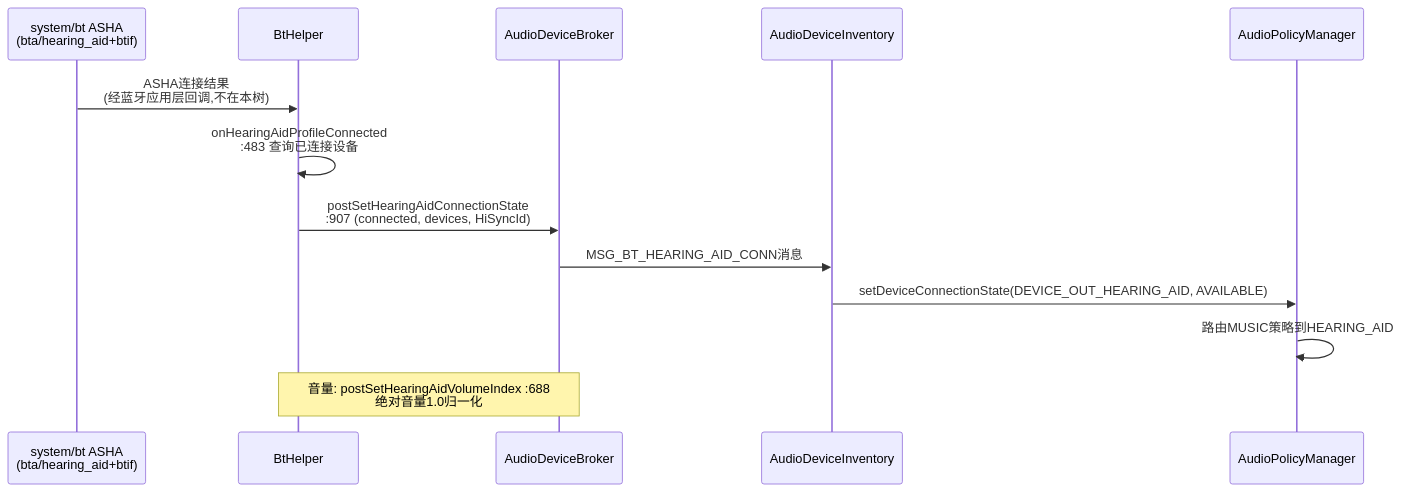
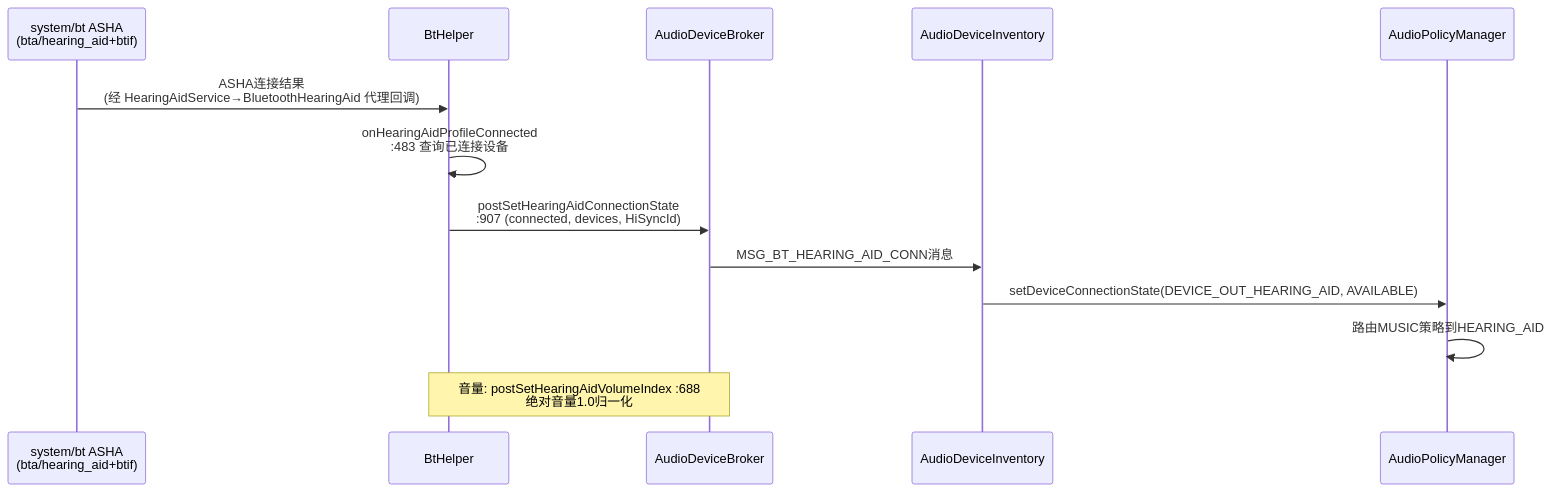
One commit to yanglinzhen1022/SA8295_AAOS_QNX_Audio_KnowledgeBase changed the fifth of 7 diagrams in 14_Bluetooth_Audio/14_14.5_Hearing_Aid-助听器.md. Above: the diagram before and after it, drawn with Mermaid. The commit also changed other lines of this file and 58 other files, not shown here.

````diff
--- a/14_Bluetooth_Audio/14_14.5_Hearing_Aid-助听器.md
+++ b/14_Bluetooth_Audio/14_14.5_Hearing_Aid-助听器.md
@@ -146,16 +156,16 @@
 ```mermaid
 sequenceDiagram
     participant BT as system/bt ASHA<br>(bta/hearing_aid+btif)
     participant BTH as BtHelper
     participant ADB as AudioDeviceBroker
     participant ADI as AudioDeviceInventory
     participant APM as AudioPolicyManager
 
-    BT->>BTH: ASHA连接结果<br>(经蓝牙应用层回调,不在本树)
+    BT->>BTH: ASHA连接结果<br>(经 HearingAidService→BluetoothHearingAid 代理回调)
     BTH->>BTH: onHearingAidProfileConnected<br>:483 查询已连接设备
     BTH->>ADB: postSetHearingAidConnectionState<br>:907 (connected, devices, HiSyncId)
     ADB->>ADI: MSG_BT_HEARING_AID_CONN消息
     ADI->>APM: setDeviceConnectionState(DEVICE_OUT_HEARING_AID, AVAILABLE)
     APM->>APM: 路由MUSIC策略到HEARING_AID
     Note over BTH,ADB: 音量: postSetHearingAidVolumeIndex :688<br>绝对音量1.0归一化
 ```
````
